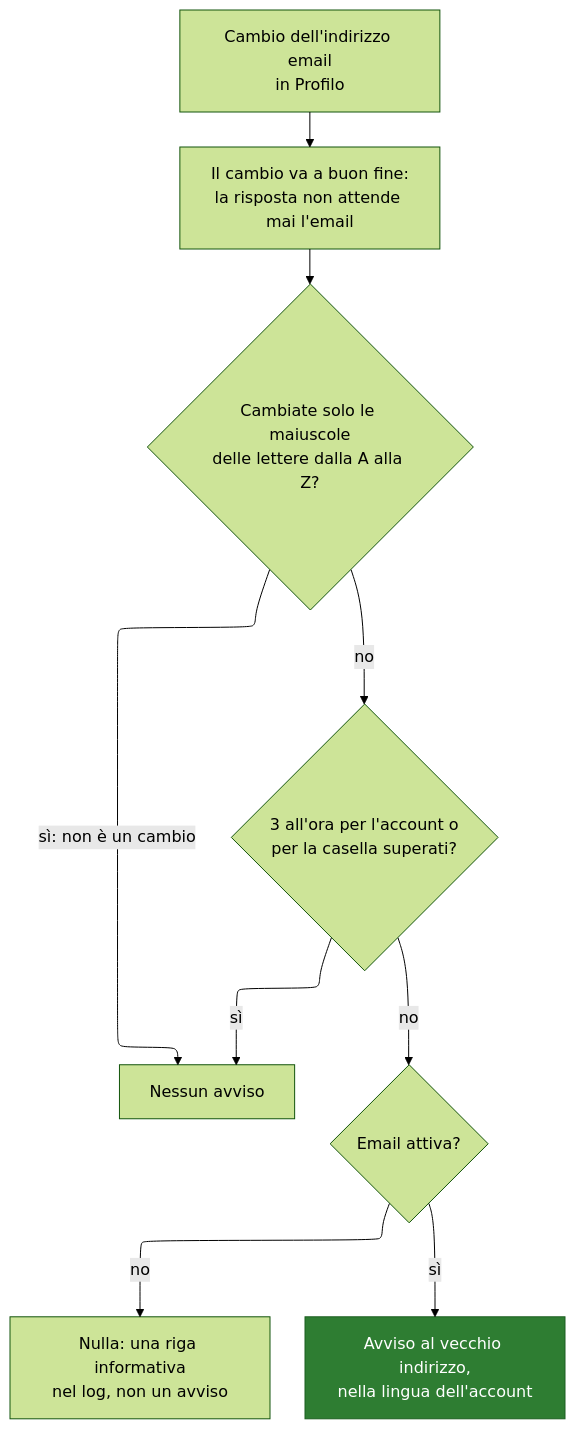
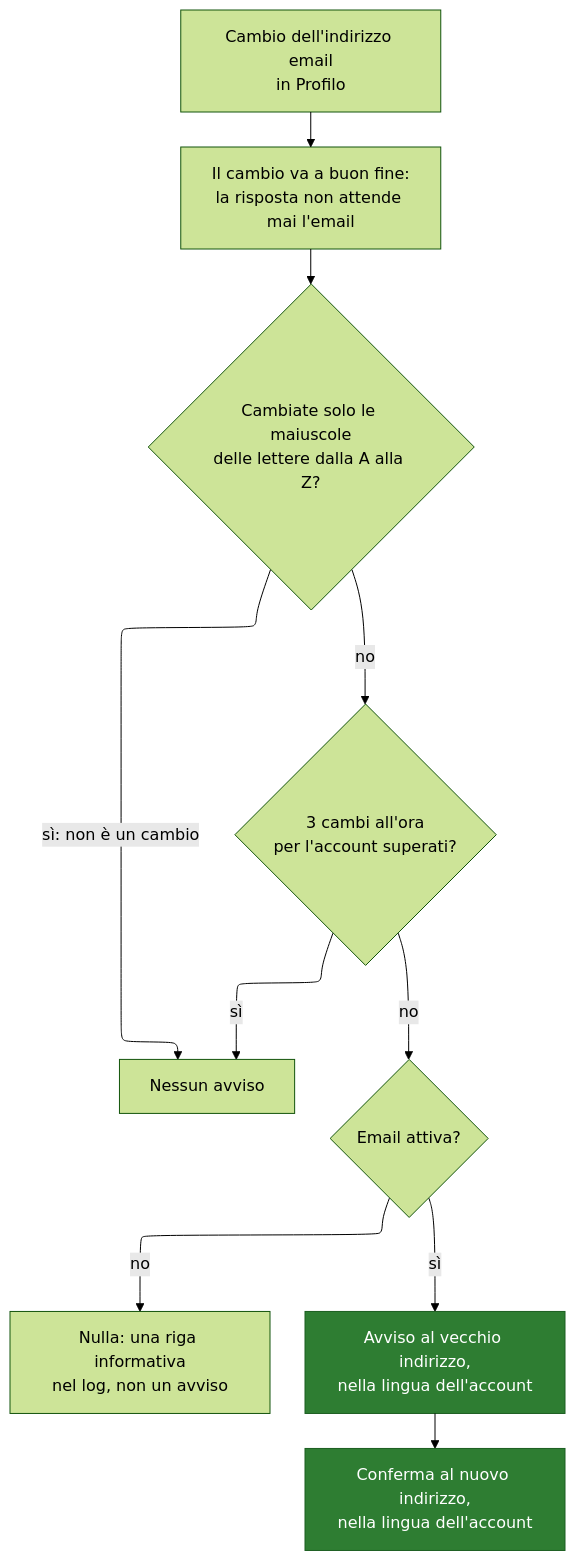
Before and after one commit to Librefolio/LibreFolio: diagram 18 of 18 in mkdocs_src/docs/admin/email_flows.it.md, drawn with Mermaid (forest theme). The commit also changed other lines of this file and 3 other files, not shown here.

Commit message:
docs(admin): email flows, change confirmations

````diff
--- a/mkdocs_src/docs/admin/email_flows.it.md
+++ b/mkdocs_src/docs/admin/email_flows.it.md
@@ -607,17 +607,18 @@
 ```mermaid
 ---
 config:
   layout: elk
 ---
 flowchart TD
     CH["Cambio dell'indirizzo email<br>in Profilo"] --> OK["Il cambio va a buon fine:<br>la risposta non attende mai l'email"]
     OK --> CASE{"Cambiate solo le maiuscole<br>delle lettere dalla A alla Z?"}
     CASE -->|"sì: non è un cambio"| SKIP["Nessun avviso"]
-    CASE -->|"no"| LIM{"3 all'ora per l'account o<br>per la casella superati?"}
+    CASE -->|"no"| LIM{"3 cambi all'ora<br>per l'account superati?"}
     LIM -->|"sì"| SKIP
     LIM -->|"no"| EN{"Email attiva?"}
     EN -->|"no"| LOG["Nulla: una riga informativa<br>nel log, non un avviso"]
     EN -->|"sì"| SEND["Avviso al vecchio indirizzo,<br>nella lingua dell'account"]
+    SEND --> NEW["Conferma al nuovo indirizzo,<br>nella lingua dell'account"]
     classDef ok fill:#2e7d32,stroke:#1b5e20,color:#ffffff
-    class SEND ok
+    class SEND,NEW ok
 ```
````
